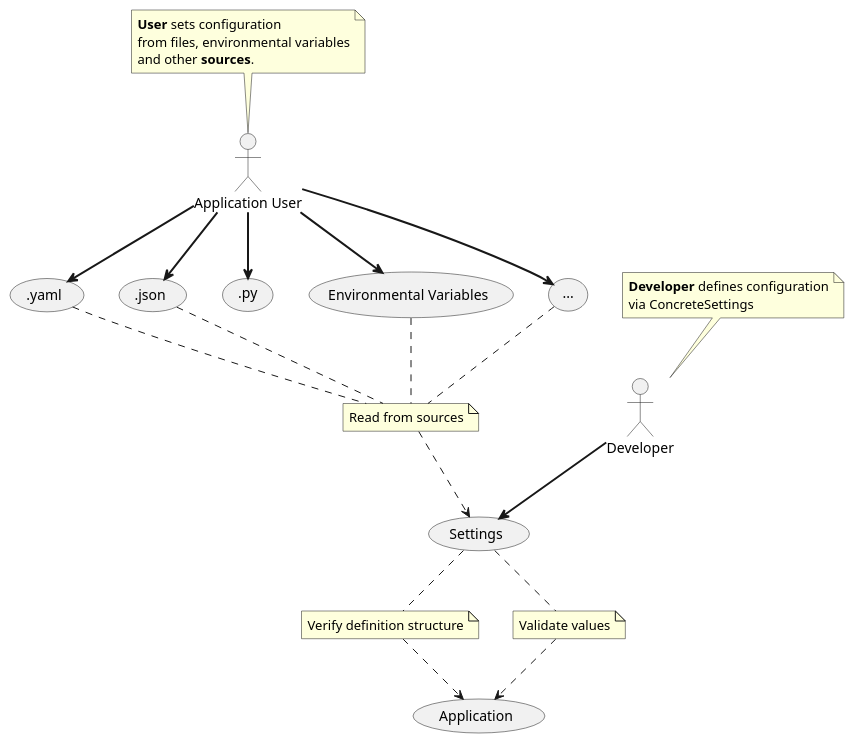
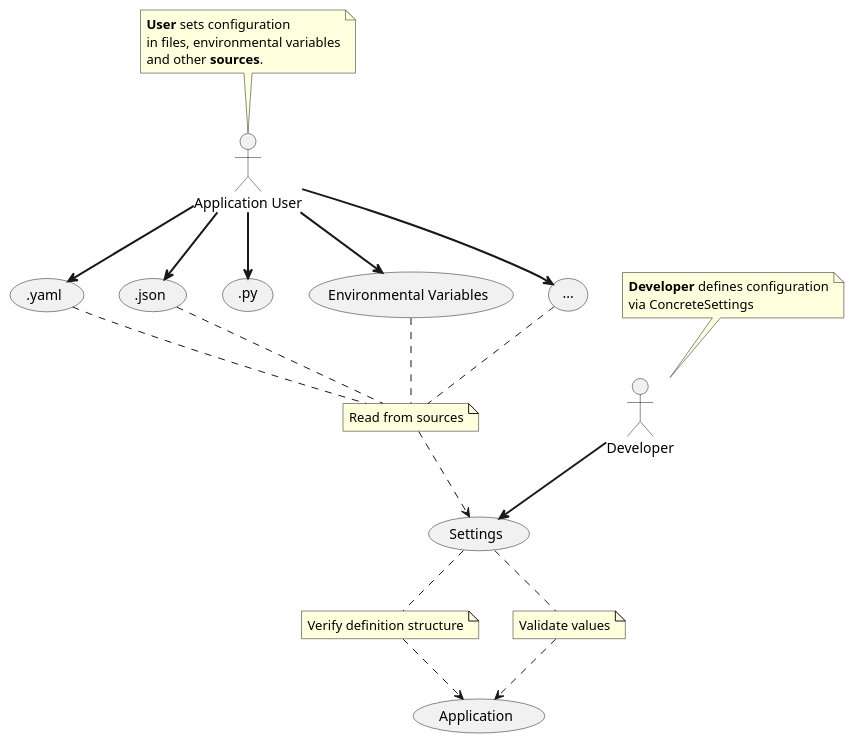
Before and after one commit to BasicWolf/archived-concrete-settings: the first of 3 diagrams in docs/index.rst, drawn with PlantUML. The commit also changed other lines of this file and 1 other file, not shown here.

```diff
--- a/docs/index.rst
+++ b/docs/index.rst
@@ -37,46 +37,46 @@
 .. uml::
 
    @startuml
    :Developer: as Dev
    :Application User: as User
    (.yaml) as (yaml_source)
    (.json) as (json_source)
    (.py) as (py_source)
    (Environmental Variables) as (envvar)
 
    note top of User
        **User** sets configuration
-       from files, environmental variables
+       in files, environmental variables
        and other **sources**.
    end note
 
    note top of Dev
        **Developer** defines configuration
        via ConcreteSettings
    end note
 
    User ==> (yaml_source)
    User ==> (json_source)
    User ==> (envvar)
    User ==> (py_source)
    User ==> (...)
 
    note "Read from sources" as note_read_settings
 
    Dev ==> (Settings)
 
    (yaml_source) .. note_read_settings
    (json_source) .. note_read_settings
    (envvar) .. note_read_settings
    (...) .. note_read_settings
    note_read_settings ..> (Settings)
 
    note "Verify definition structure" as note_verify
    note "Validate values" as note_validate
 
    (Settings) .. note_verify
    note_verify ..> (Application)
    (Settings) .. note_validate
    note_validate ..> (Application)
 
    @enduml
```
